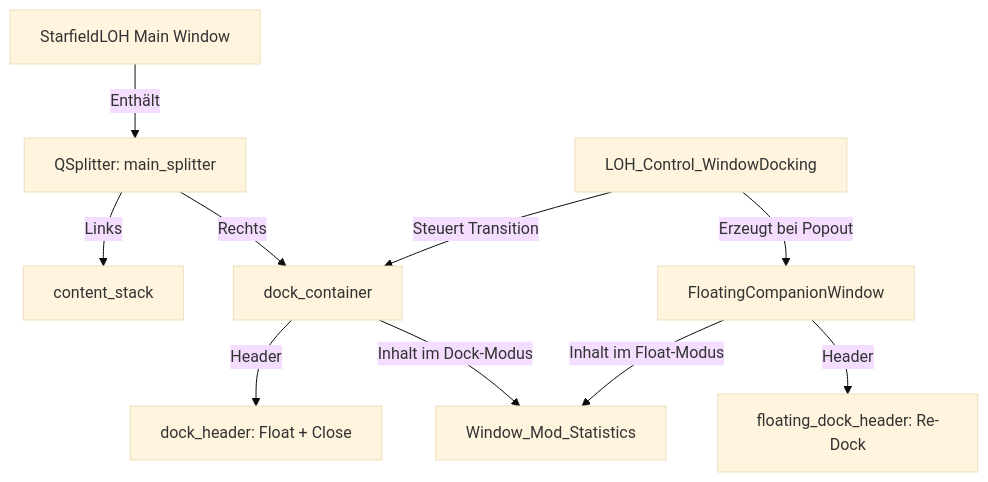
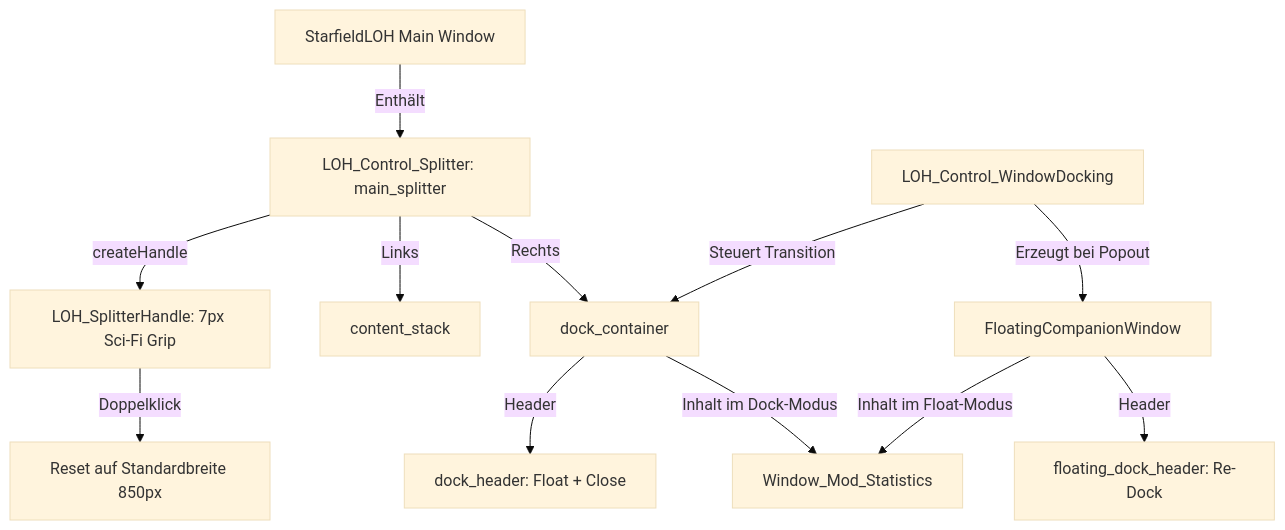
The diagram in Documentation/LOH_Control_WindowDocking_Documentation.md (Looking4Git/Starfield_LOH), drawn with Mermaid (base theme) before and after one commit. The commit also changed other lines of this file and 10 other files, not shown here.

Commit message:
feat(ui): Sci-Fi Splitter Handle, Docking-Optimierungen und Bildanzeige-Angleichung in Mod-Statistik

````diff
--- a/Documentation/LOH_Control_WindowDocking_Documentation.md
+++ b/Documentation/LOH_Control_WindowDocking_Documentation.md
@@ -31,13 +34,15 @@
 ```mermaid
 graph TD
-    A[StarfieldLOH Main Window] -->|Enthält| S[QSplitter: main_splitter]
+    A[StarfieldLOH Main Window] -->|Enthält| S[LOH_Control_Splitter: main_splitter]
+    S -->|createHandle| SH[LOH_SplitterHandle: 7px Sci-Fi Grip]
+    SH -->|Doppelklick| RS[Reset auf Standardbreite 850px]
     S -->|Links| CS[content_stack]
     S -->|Rechts| DC[dock_container]
     DC -->|Header| DH[dock_header: Float + Close]
     DC -->|Inhalt im Dock-Modus| WMS[Window_Mod_Statistics]
     
     M[LOH_Control_WindowDocking] -->|Steuert Transition| DC
     M -->|Erzeugt bei Popout| FW[FloatingCompanionWindow]
     FW -->|Inhalt im Float-Modus| WMS
     FW -->|Header| FH[floating_dock_header: Re-Dock]
 ```
````
